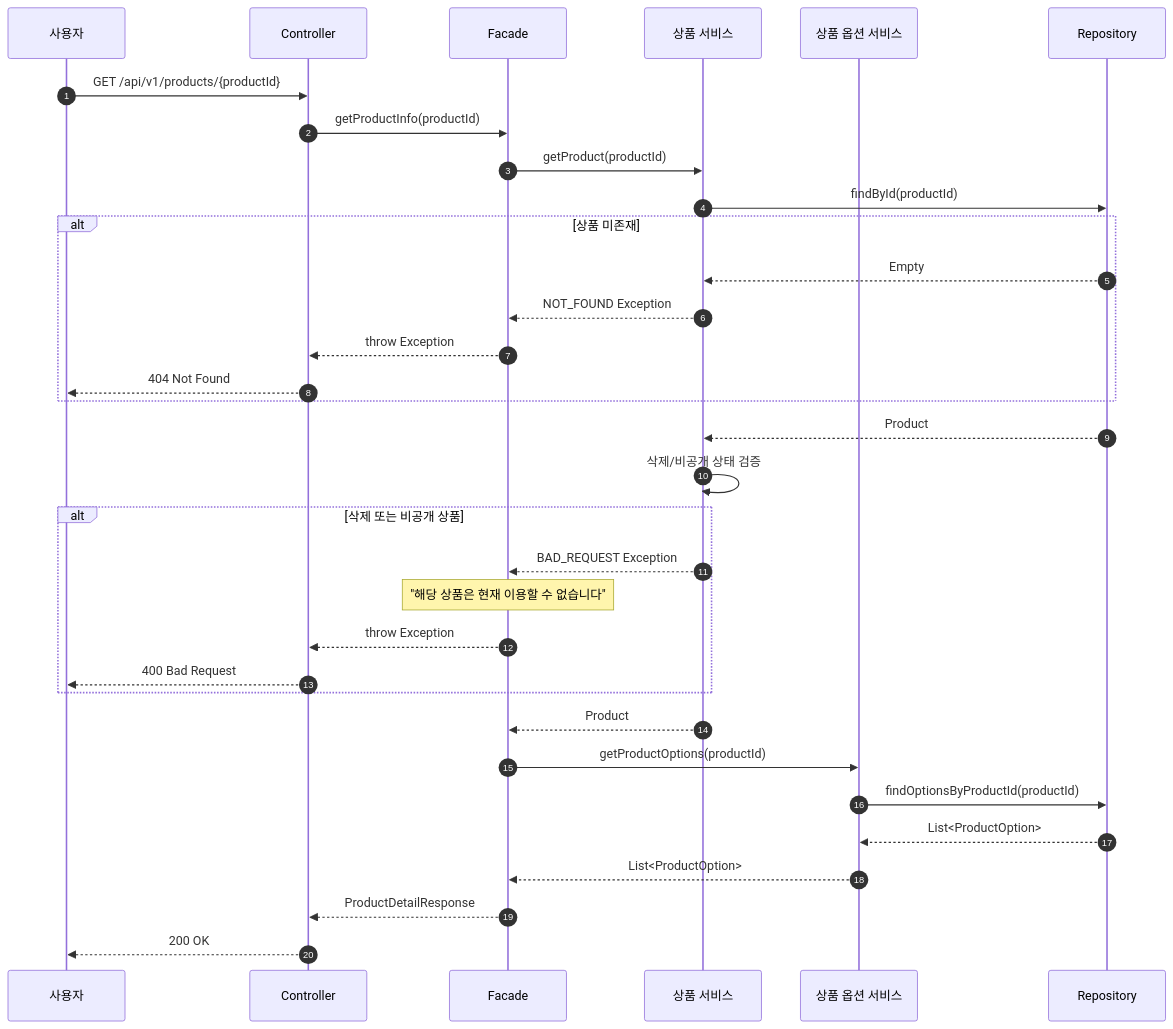
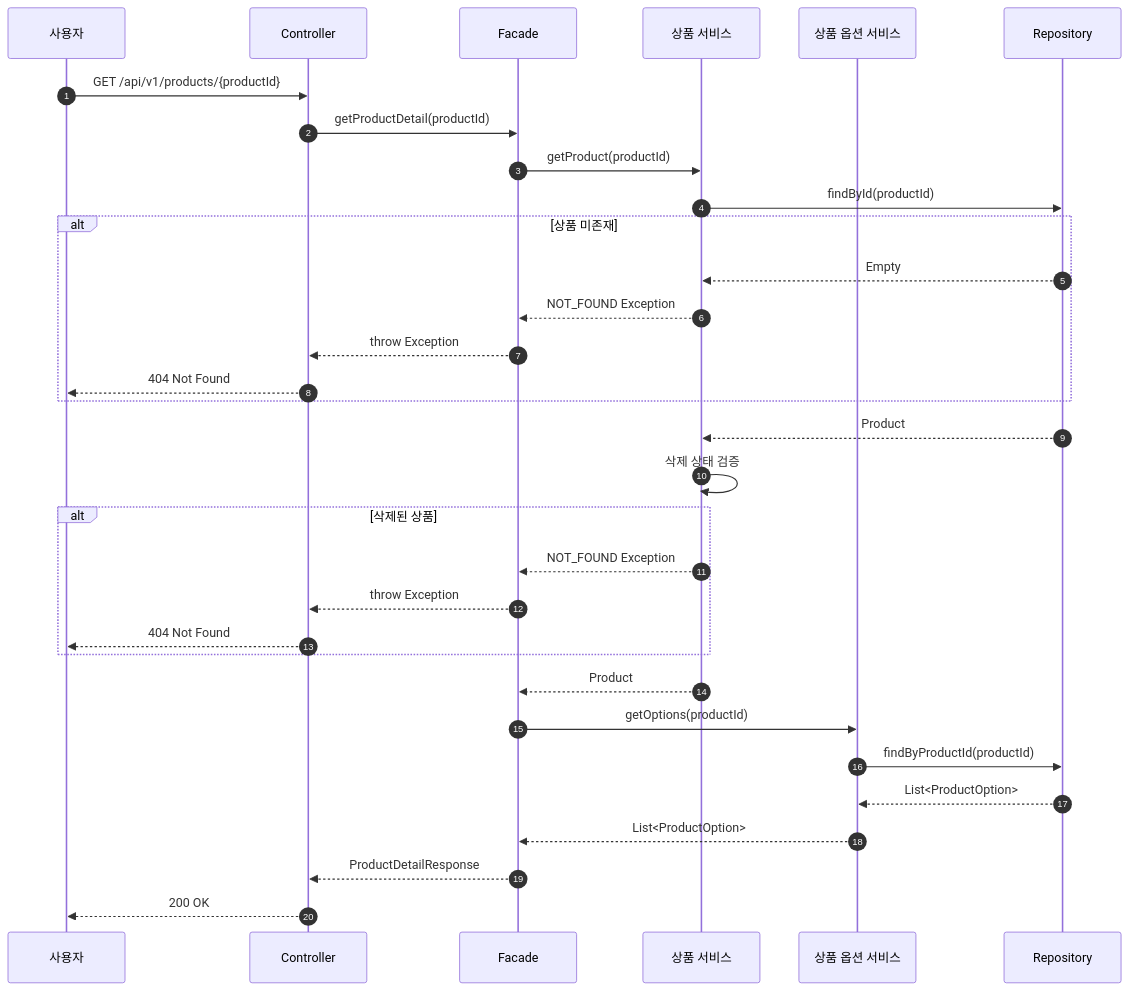
The third of 16 diagrams in docs/design/02-sequence-diagram.md (letter333/loop-pack-be-l2-vol3-java), drawn with Mermaid before and after one commit. The commit also changed other lines of this file and 3 other files, not shown here.

````diff
--- a/docs/design/02-sequence-diagram.md
+++ b/docs/design/02-sequence-diagram.md
@@ -86,40 +77,39 @@
 ```mermaid
 sequenceDiagram
     autonumber
     participant Client as 사용자
     participant Controller
     participant Facade
     participant ProductService as 상품 서비스
     participant ProductOptionService as 상품 옵션 서비스
     participant Repository
 
     Client->>Controller: GET /api/v1/products/{productId}
-    Controller->>Facade: getProductInfo(productId)
+    Controller->>Facade: getProductDetail(productId)
     Facade->>ProductService: getProduct(productId)
     ProductService->>Repository: findById(productId)
 
     alt 상품 미존재
         Repository-->>ProductService: Empty
         ProductService-->>Facade: NOT_FOUND Exception
         Facade-->>Controller: throw Exception
         Controller-->>Client: 404 Not Found
     end
 
     Repository-->>ProductService: Product
-    ProductService->>ProductService: 삭제/비공개 상태 검증
+    ProductService->>ProductService: 삭제 상태 검증
 
-    alt 삭제 또는 비공개 상품
-        ProductService-->>Facade: BAD_REQUEST Exception
-        Note over Facade: "해당 상품은 현재 이용할 수 없습니다"
+    alt 삭제된 상품
+        ProductService-->>Facade: NOT_FOUND Exception
         Facade-->>Controller: throw Exception
-        Controller-->>Client: 400 Bad Request
+        Controller-->>Client: 404 Not Found
     end
 
     ProductService-->>Facade: Product
-    Facade->>ProductOptionService: getProductOptions(productId)
-    ProductOptionService->>Repository: findOptionsByProductId(productId)
+    Facade->>ProductOptionService: getOptions(productId)
+    ProductOptionService->>Repository: findByProductId(productId)
     Repository-->>ProductOptionService: List<ProductOption>
     ProductOptionService-->>Facade: List<ProductOption>
     Facade-->>Controller: ProductDetailResponse
     Controller-->>Client: 200 OK
 ```
````
